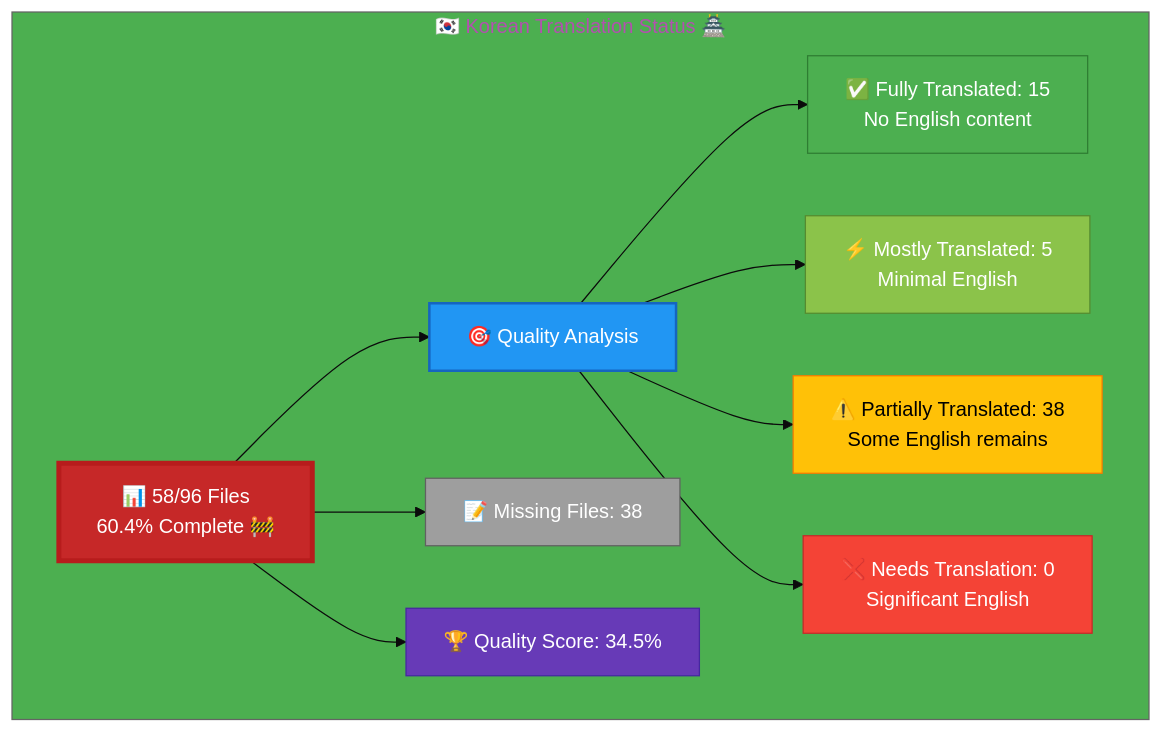
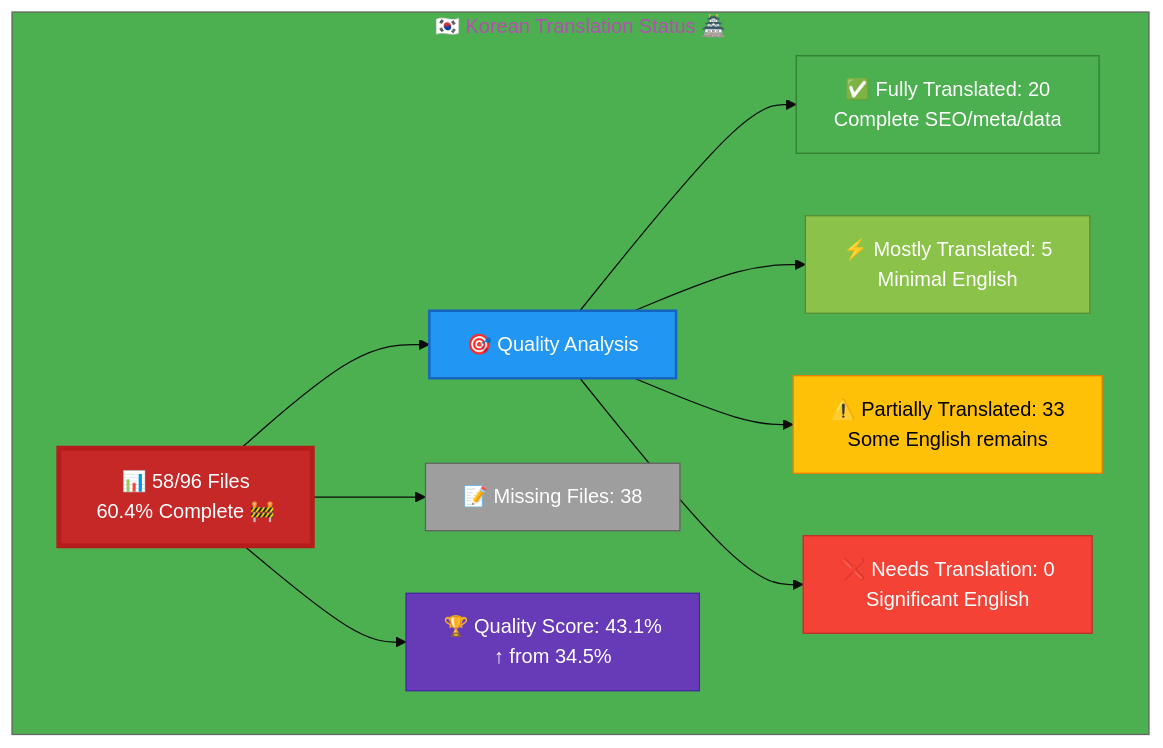
Before and after one commit to Hack23/homepage: the diagram in Korean-Translation-Status.md, drawn with Mermaid. The commit also changed other lines of this file, not shown here.

Commit message:
Update Korean-Translation-Status.md with completed pages and improved quality score

````diff
--- a/Korean-Translation-Status.md
+++ b/Korean-Translation-Status.md
@@ -12,26 +12,26 @@
 ```mermaid
 %%{init: {'theme':'base', 'themeVariables': {'primaryColor':'#C62828','secondaryColor':'#2196F3','tertiaryColor':'#4CAF50','fontSize':'16px'}}}%%
 graph TB
     subgraph "🇰🇷 Korean Translation Status 🏯"
         A["📊 58/96 Files<br/>60.4% Complete 🚧"]
         
         A --> B["🎯 Quality Analysis"]
-        B --> C["✅ Fully Translated: 15<br/>No English content"]
+        B --> C["✅ Fully Translated: 20<br/>Complete SEO/meta/data"]
         B --> D["⚡ Mostly Translated: 5<br/>Minimal English"]
-        B --> E["⚠️  Partially Translated: 38<br/>Some English remains"]
+        B --> E["⚠️  Partially Translated: 33<br/>Some English remains"]
         B --> F["❌ Needs Translation: 0<br/>Significant English"]
         
         A --> G["📝 Missing Files: 38"]
         
-        A --> H["🏆 Quality Score: 34.5%"]
+        A --> H["🏆 Quality Score: 43.1%<br/>↑ from 34.5%"]
         
         style A fill:#C62828,stroke:#B71C1C,color:#fff,stroke-width:4px
         style B fill:#2196F3,stroke:#1565C0,color:#fff,stroke-width:2px
         style C fill:#4CAF50,stroke:#2E7D32,color:#fff
         style D fill:#8BC34A,stroke:#558B2F,color:#fff
         style E fill:#FFC107,stroke:#F57C00,color:#000
         style F fill:#F44336,stroke:#C62828,color:#fff
         style G fill:#9E9E9E,stroke:#616161,color:#fff
         style H fill:#673AB7,stroke:#4527A0,color:#fff
     end
 ```
````
